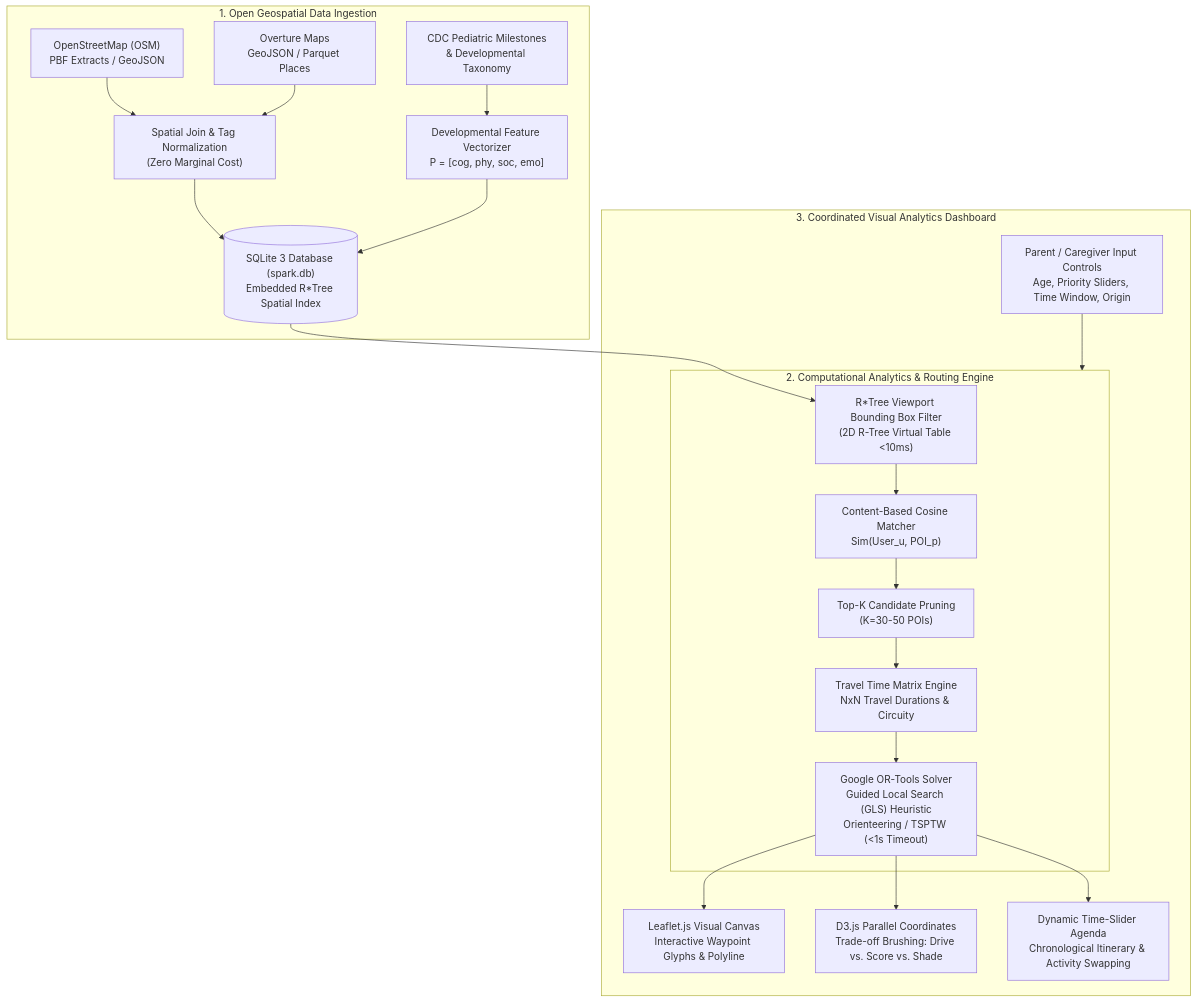
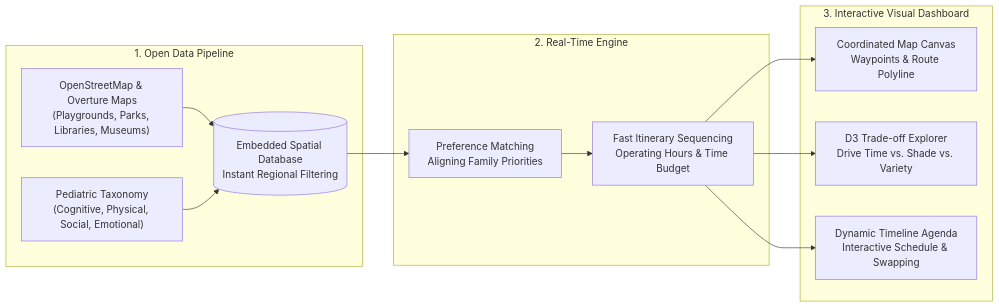
The third of 5 diagrams in projectwork/docs/progress_report.md (manoj-android/cse-6242-project), drawn with Mermaid before and after one commit. The commit also changed other lines of this file, not shown here.

````diff
--- a/projectwork/docs/progress_report.md
+++ b/projectwork/docs/progress_report.md
@@ -99,26 +101,19 @@
 ```mermaid
-flowchart TD
-    subgraph S1["1. Open Geospatial Data Ingestion"]
-        D1["OpenStreetMap (OSM)<br>PBF Extracts / GeoJSON"]
-        D2["Overture Maps<br>GeoJSON / Parquet Places"]
-        D3["CDC Pediatric Milestones<br>& Developmental Taxonomy"]
-        D1 & D2 --> ETL["Spatial Join & Tag Normalization<br>(Zero Marginal Cost)"]
-        D3 --> VEC["Developmental Feature Vectorizer<br>P = [cog, phy, soc, emo]"]
-        ETL & VEC --> DB[("SQLite 3 Database (spark.db)<br>Embedded R*Tree Spatial Index")]
+flowchart LR
+    subgraph Ingestion["1. Open Data Pipeline"]
+        OSM["OpenStreetMap & Overture Maps<br>(Playgrounds, Parks, Libraries, Museums)"]
+        TAX["Pediatric Taxonomy<br>(Cognitive, Physical, Social, Emotional)"]
+        OSM & TAX --> DB[("Embedded Spatial Database<br>Instant Regional Filtering")]
     end
 
-    subgraph S2["2. Computational Analytics & Routing Engine"]
-        DB --> BBOX["R*Tree Viewport Bounding Box Filter<br>(2D R-Tree Virtual Table <10ms)"]
-        BBOX --> CBR["Content-Based Cosine Matcher<br>Sim(User_u, POI_p)"]
-        CBR --> TOP["Top-K Candidate Pruning<br>(K=30-50 POIs)"]
-        TOP --> TTM["Travel Time Matrix Engine<br>NxN Travel Durations & Circuity"]
-        TTM --> ORT["Google OR-Tools Solver<br>Guided Local Search (GLS) Heuristic<br>Orienteering / TSPTW (<1s Timeout)"]
+    subgraph Analytics["2. Real-Time Engine"]
+        DB --> MATCH["Preference Matching<br>Aligning Family Priorities"]
+        MATCH --> ROUTE["Fast Itinerary Sequencing<br>Operating Hours & Time Budget"]
     end
 
-    subgraph S3["3. Coordinated Visual Analytics Dashboard"]
-        ORT --> VIEW1["Leaflet.js Visual Canvas<br>Interactive Waypoint Glyphs & Polyline"]
-        ORT --> VIEW2["D3.js Parallel Coordinates<br>Trade-off Brushing: Drive vs. Score vs. Shade"]
-        ORT --> VIEW3["Dynamic Time-Slider Agenda<br>Chronological Itinerary & Activity Swapping"]
-        USER["Parent / Caregiver Input Controls<br>Age, Priority Sliders, Time Window, Origin"] --> S2
+    subgraph UI["3. Interactive Visual Dashboard"]
+        ROUTE --> MAP["Coordinated Map Canvas<br>Waypoints & Route Polyline"]
+        ROUTE --> TRADE["D3 Trade-off Explorer<br>Drive Time vs. Shade vs. Variety"]
+        ROUTE --> AGENDA["Dynamic Timeline Agenda<br>Interactive Schedule & Swapping"]
     end
 ```
````
